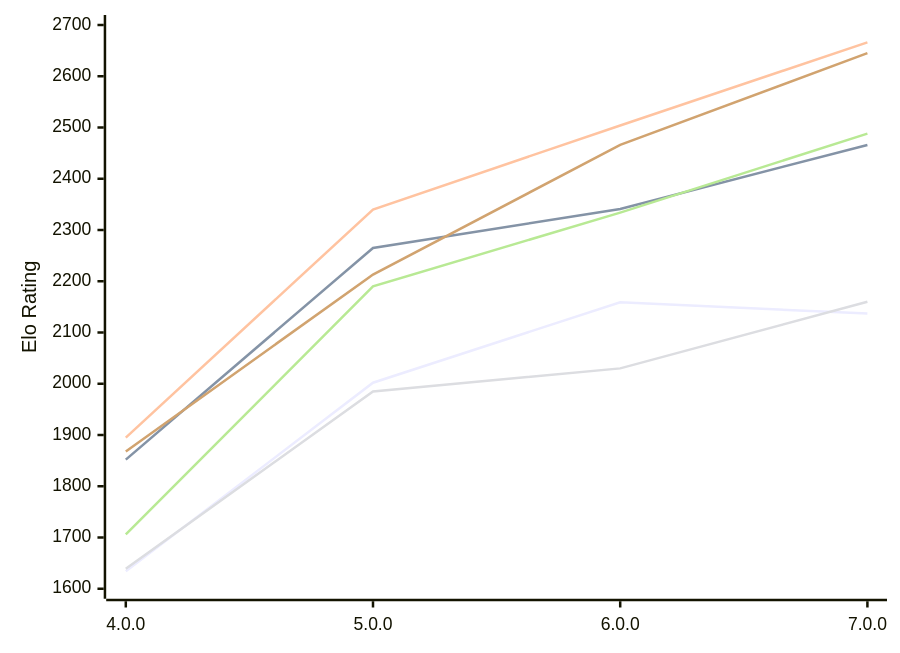
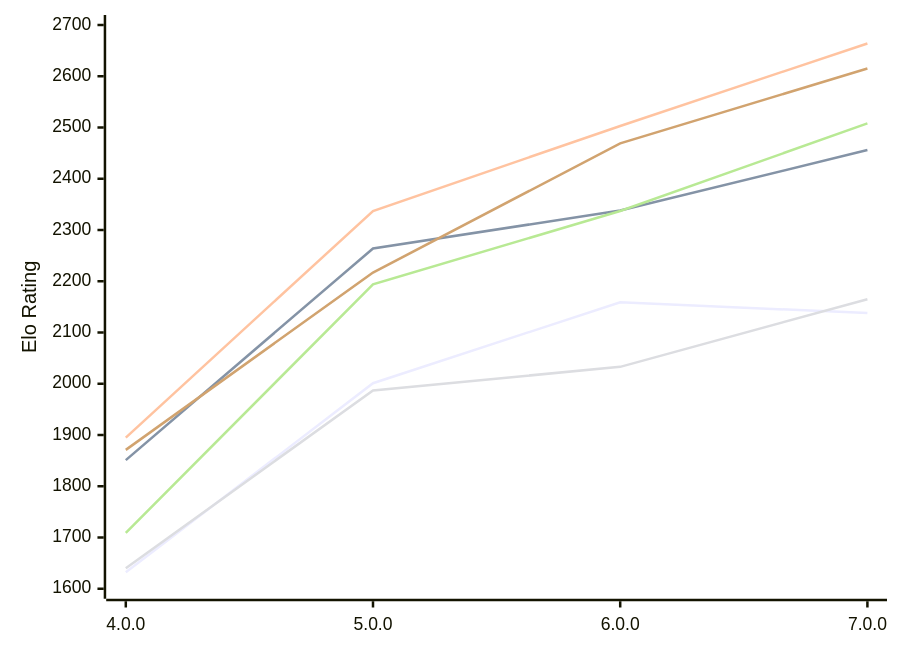
One commit to computer-chess-index/cci changed the first of 2 diagrams in engines/Laura.md. Above: the diagram before and after it, drawn with Mermaid. The commit also changed other lines of this file, not shown here.

Commit message:
Update CCI Ratings (ELO VLTC) - 2026-11-23

````diff
--- a/engines/Laura.md
+++ b/engines/Laura.md
@@ -56,12 +56,12 @@
 ```mermaid
 %%{init: {"theme":"base","themeVariables":{"seriesColors:['#a3a3a3','#222221','#faa371']}}}%%
 xychart-beta
   x-axis ["4.0.0", "5.0.0", "6.0.0", "7.0.0"]
   y-axis "Elo Rating" 1600 --> 2700
-  line "E1: STC (8.0+0.08s)" [1634, 2002, 2159, 2137]
-  line "E1: LTC (60.0+0.60s)" [1852, 2265, 2341, 2466]
-  line "E1: VLTC (2m24s+1.12s)" [1895, 2340, 2504, 2666]
-  line "P1: STC (8.0+0.08s)" [1639, 1985, 2030, 2160]
-  line "P1: LTC (60.0+0.60s)" [1706, 2190, 2334, 2488]
-  line "P1: VLTC (2m24s+1.12s)" [1868, 2213, 2466, 2645]
+  line "E1: STC (8.0+0.08s)" [1632, 2001, 2159, 2138]
+  line "E1: LTC (60.0+0.60s)" [1851, 2264, 2338, 2456]
+  line "E1: VLTC (2m24s+1.12s)" [1895, 2337, 2503, 2664]
+  line "P1: STC (8.0+0.08s)" [1640, 1987, 2033, 2165]
+  line "P1: LTC (60.0+0.60s)" [1709, 2194, 2337, 2508]
+  line "P1: VLTC (2m24s+1.12s)" [1871, 2217, 2469, 2615]
 ```
````
